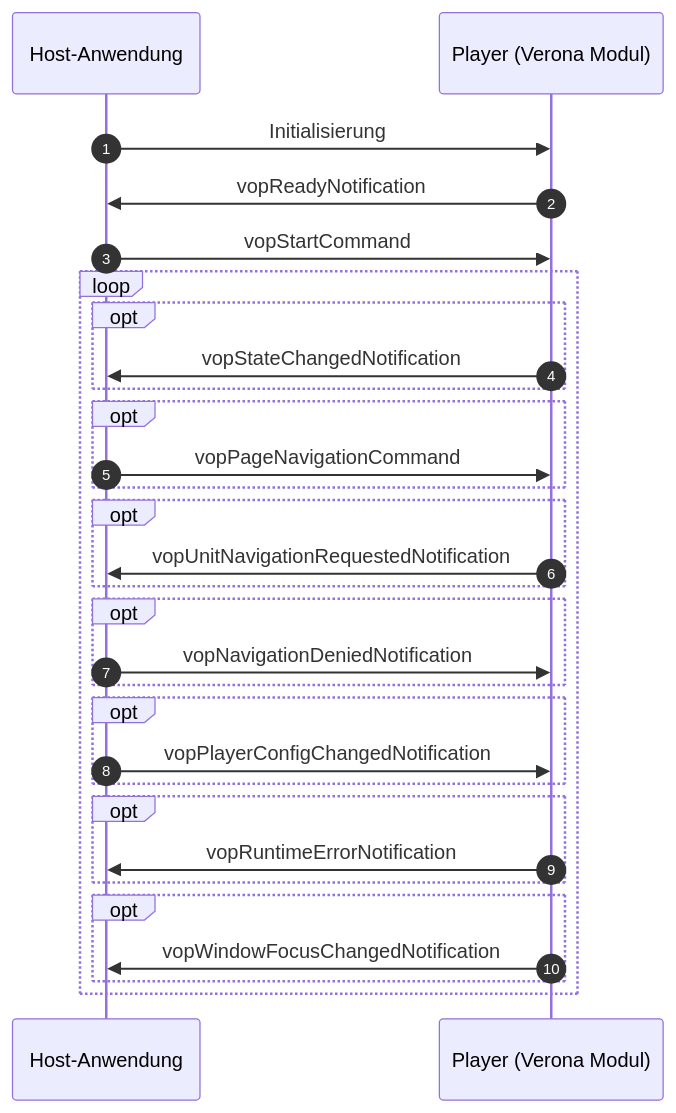
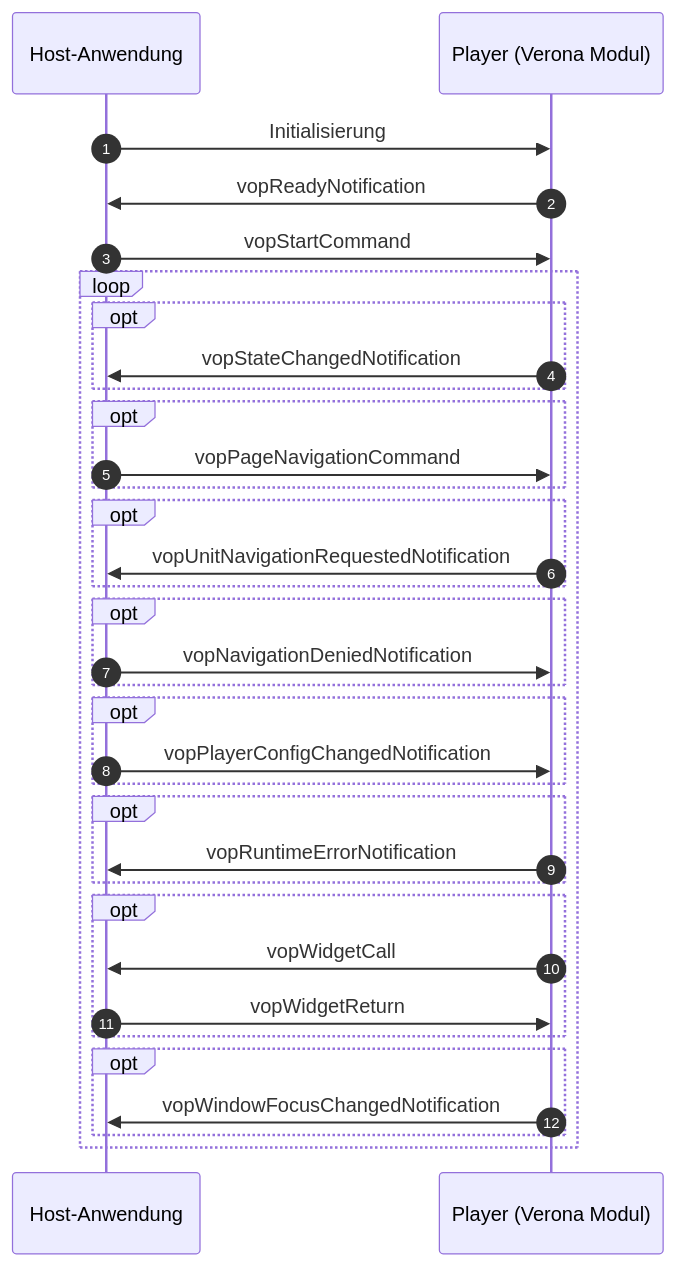
One commit to verona-interfaces/verona-interfaces.github.io changed the diagram in player-docs/index.qmd. Above: the diagram before and after it, drawn with Mermaid. The commit also changed other lines of this file and 6 other files, not shown here.

````diff
--- a/player-docs/index.qmd
+++ b/player-docs/index.qmd
@@ -23,32 +25,36 @@
 ```{mermaid}
 sequenceDiagram
     autonumber
     participant HA as Host-Anwendung
     participant VM as Player (Verona Modul)
     HA->>VM:Initialisierung
     VM->>HA:vopReadyNotification
     HA->>VM:vopStartCommand
     loop
         opt
             VM->>HA:vopStateChangedNotification
         end
         opt
             HA->>VM:vopPageNavigationCommand
         end
         opt
             VM->>HA:vopUnitNavigationRequestedNotification
         end
         opt
             HA->>VM:vopNavigationDeniedNotification
         end
         opt
             HA->>VM:vopPlayerConfigChangedNotification
         end
         opt
             VM->>HA:vopRuntimeErrorNotification
         end
         opt
+            VM->>HA:vopWidgetCall
+            HA->>VM:vopWidgetReturn
+        end
+        opt
             VM->>HA:vopWindowFocusChangedNotification
         end
     end
 ```
````
